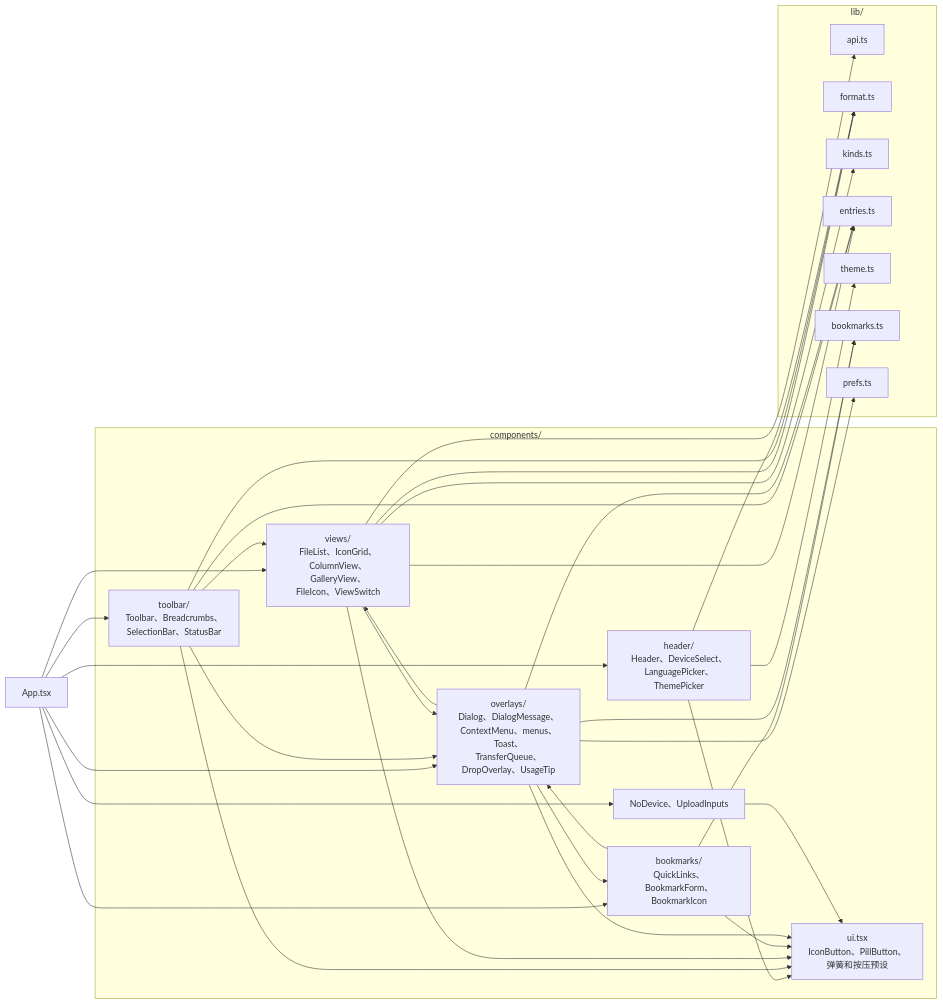
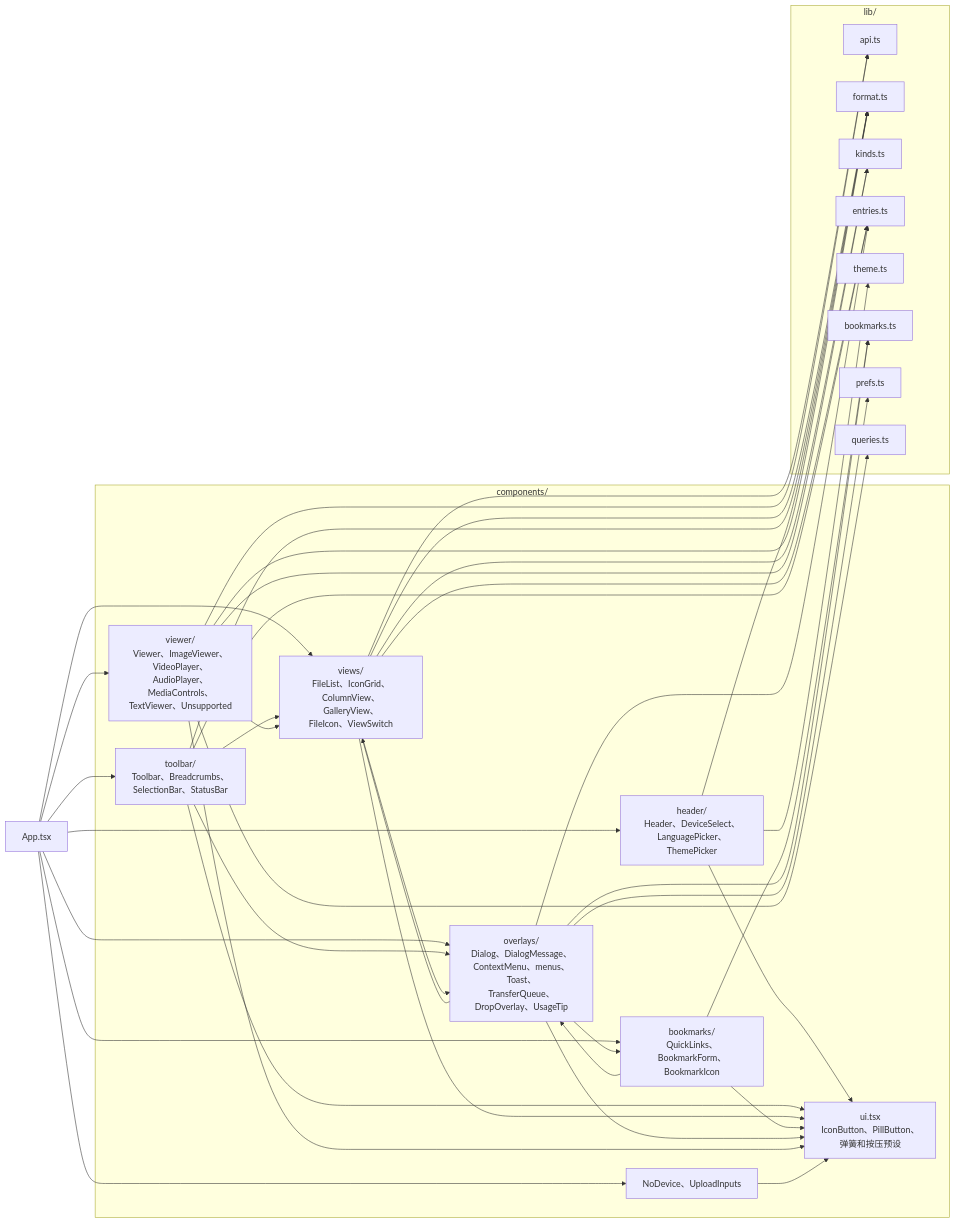
The seventh of 10 diagrams in docs/architecture.md (wynnyu/adb-file-manager), drawn with Mermaid before and after one commit. The commit also changed other lines of this file and 27 other files, not shown here.

````diff
--- a/docs/architecture.md
+++ b/docs/architecture.md
@@ -250,37 +258,41 @@
 ```mermaid
 flowchart LR
   App["App.tsx"]
   subgraph comps["components/"]
     header["header/<br/>Header、DeviceSelect、<br/>LanguagePicker、ThemePicker"]
     toolbar["toolbar/<br/>Toolbar、Breadcrumbs、<br/>SelectionBar、StatusBar"]
     views["views/<br/>FileList、IconGrid、<br/>ColumnView、GalleryView、<br/>FileIcon、ViewSwitch"]
     bm["bookmarks/<br/>QuickLinks、BookmarkForm、<br/>BookmarkIcon"]
     overlays["overlays/<br/>Dialog、DialogMessage、<br/>ContextMenu、menus、Toast、<br/>TransferQueue、DropOverlay、UsageTip"]
+    viewer["viewer/<br/>Viewer、ImageViewer、<br/>VideoPlayer、AudioPlayer、<br/>MediaControls、TextViewer、Unsupported"]
     misc["NoDevice、UploadInputs"]
     ui["ui.tsx<br/>IconButton、PillButton、<br/>弹簧和按压预设"]
   end
   subgraph lib["lib/"]
     api["api.ts"]
     format["format.ts"]
     kinds["kinds.ts"]
     entries["entries.ts"]
     theme["theme.ts"]
     bookmarksLib["bookmarks.ts"]
     prefs["prefs.ts"]
+    queries["queries.ts"]
   end
 
-  App --> header & toolbar & views & bm & overlays & misc
-  header & toolbar & views & bm & overlays & misc --> ui
+  App --> header & toolbar & views & bm & overlays & viewer & misc
+  header & toolbar & views & bm & overlays & viewer & misc --> ui
   toolbar --> views
   toolbar --> overlays
   views --> overlays
   overlays --> bm
   overlays --> views
   bm --> overlays
   views --> api
   views --> format & kinds & entries
   toolbar --> format & entries
   header --> format & theme
   bm --> bookmarksLib
   overlays --> bookmarksLib & entries & prefs
+  viewer --> views
+  viewer --> api & queries & format & kinds
 ```
````
